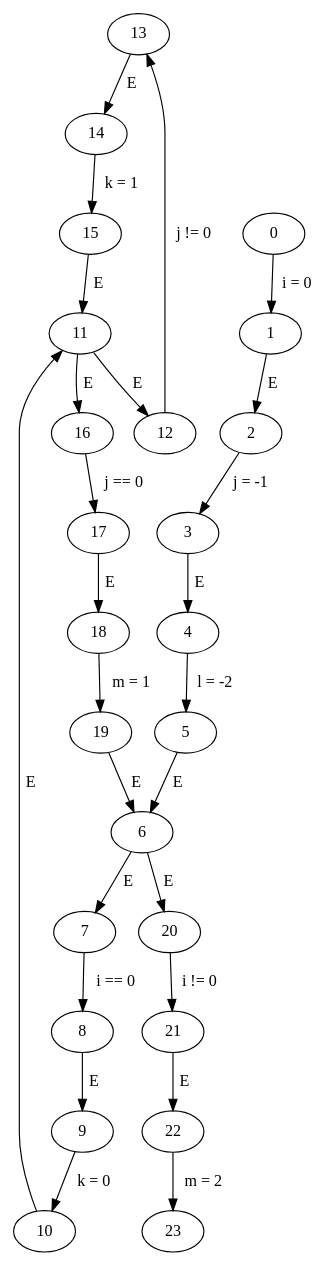
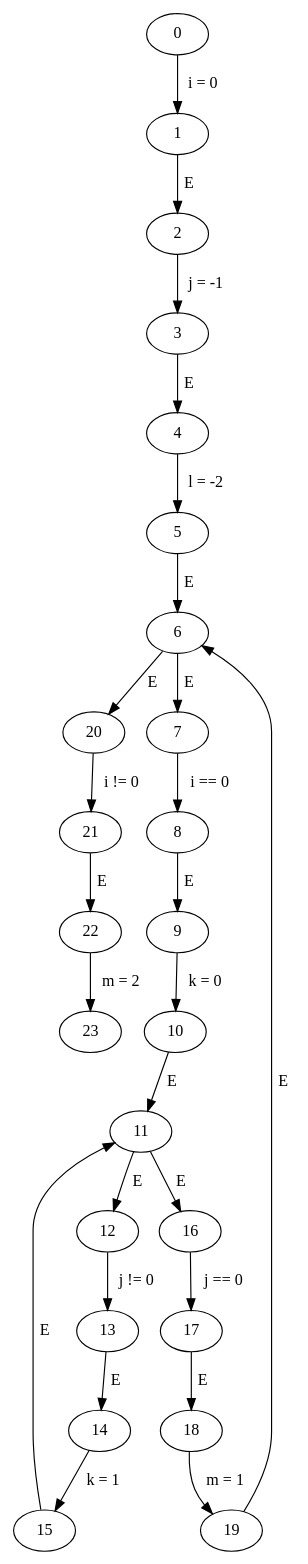
Before and after one commit to Harman309/project6: the diagram in code/cfgs/nestedwhile/nestedwhile.gv, drawn with Graphviz. The commit also changed other lines of this file and 35 other files, not shown here.

```diff
--- a/code/cfgs/nestedwhile/nestedwhile.gv
+++ b/code/cfgs/nestedwhile/nestedwhile.gv
@@ -1,28 +1,28 @@
 // nestedwhile
 digraph {
-	13 -> 14 [label=" E "]
-	22 -> 23 [label=" m = 2 "]
-	16 -> 17 [label=" j == 0 "]
-	21 -> 22 [label=" E "]
-	2 -> 3 [label=" j = -1 "]
 	6 -> 20 [label=" E "]
+	15 -> 11 [label=" E "]
 	3 -> 4 [label=" E "]
 	6 -> 7 [label=" E "]
-	11 -> 12 [label=" E "]
+	21 -> 22 [label=" E "]
+	0 -> 1 [label=" i = 0 "]
+	13 -> 14 [label=" E "]
+	8 -> 9 [label=" E "]
+	20 -> 21 [label=" i != 0 "]
+	1 -> 2 [label=" E "]
+	22 -> 23 [label=" m = 2 "]
+	11 -> 16 [label=" E "]
+	19 -> 6 [label=" E "]
 	18 -> 19 [label=" m = 1 "]
-	8 -> 9 [label=" E "]
-	10 -> 11 [label=" E "]
+	9 -> 10 [label=" k = 0 "]
+	17 -> 18 [label=" E "]
 	14 -> 15 [label=" k = 1 "]
-	0 -> 1 [label=" i = 0 "]
-	17 -> 18 [label=" E "]
-	1 -> 2 [label=" E "]
-	15 -> 11 [label=" E "]
-	19 -> 6 [label=" E "]
-	20 -> 21 [label=" i != 0 "]
-	9 -> 10 [label=" k = 0 "]
-	11 -> 16 [label=" E "]
 	5 -> 6 [label=" E "]
-	12 -> 13 [label=" j != 0 "]
 	7 -> 8 [label=" i == 0 "]
 	4 -> 5 [label=" l = -2 "]
+	12 -> 13 [label=" j != 0 "]
+	11 -> 12 [label=" E "]
+	10 -> 11 [label=" E "]
+	2 -> 3 [label=" j = -1 "]
+	16 -> 17 [label=" j == 0 "]
 }
```
